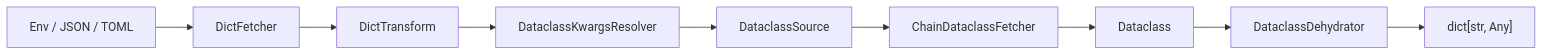
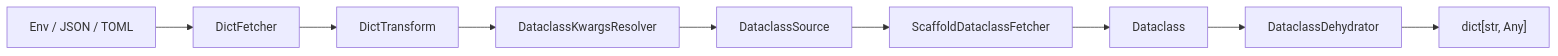
The diagram in README.md (dusk5archiy/s7dcls), drawn with Mermaid before and after one commit. The commit also changed other lines of this file and 88 other files, not shown here.

````diff
--- a/README.md
+++ b/README.md
@@ -13,11 +13,11 @@
 ```mermaid
 flowchart LR
     Raw["Env / JSON / TOML"] --> DF["DictFetcher"]
     DF --> DT["DictTransform"]
     DT --> KR["DataclassKwargsResolver"]
     KR --> DS["DataclassSource"]
-    DS --> DCF["ChainDataclassFetcher"]
+    DS --> DCF["ScaffoldDataclassFetcher"]
     DCF --> D["Dataclass"]
     D --> DH["DataclassDehydrator"]
     DH --> Out["dict[str, Any]"]
 ```
````
